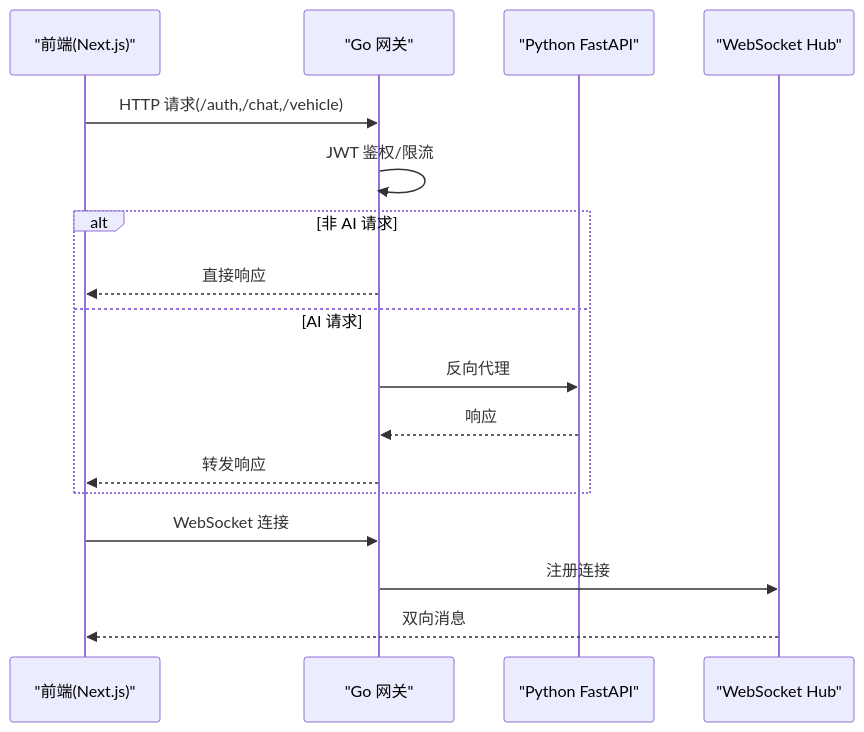
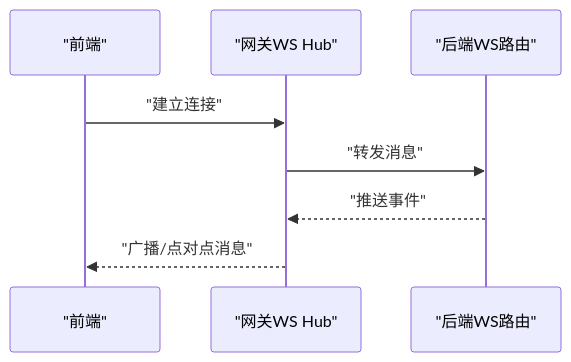
Before and after one commit to zmdhdu/NexusCockpit: the ninth of 11 diagrams in .qoder/repowiki/zh/content/项目概述/项目概述.md, drawn with Mermaid. The commit also changed other lines of this file and 535 other files, not shown here.

````diff
--- a/.qoder/repowiki/zh/content/项目概述/项目概述.md
+++ b/.qoder/repowiki/zh/content/项目概述/项目概述.md
@@ -269,19 +467,10 @@
 ```mermaid
 sequenceDiagram
-participant FE as "前端(Next.js)"
-participant G as "Go 网关"
-participant P as "Python FastAPI"
-participant WS as "WebSocket Hub"
-FE->>G : HTTP 请求(/auth,/chat,/vehicle)
-G->>G : JWT 鉴权/限流
-alt 非 AI 请求
-G-->>FE : 直接响应
-else AI 请求
-G->>P : 反向代理
-P-->>G : 响应
-G-->>FE : 转发响应
-end
-FE->>G : WebSocket 连接
-G->>WS : 注册连接
-WS-->>FE : 双向消息
+participant FE as "前端"
+participant WS as "网关WS Hub"
+participant API as "后端WS路由"
+FE->>WS : "建立连接"
+WS->>API : "转发消息"
+API-->>WS : "推送事件"
+WS-->>FE : "广播/点对点消息"
 ```
````
